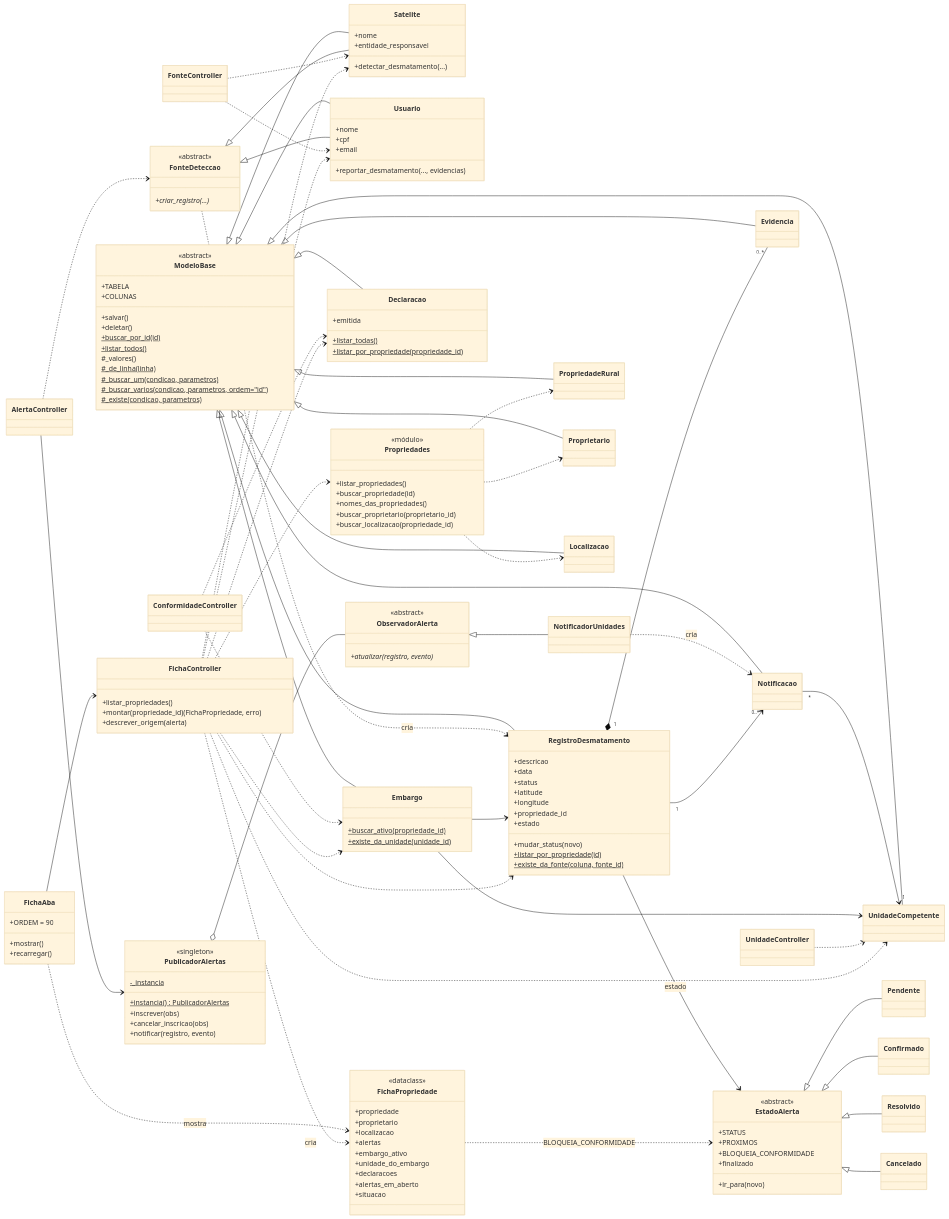
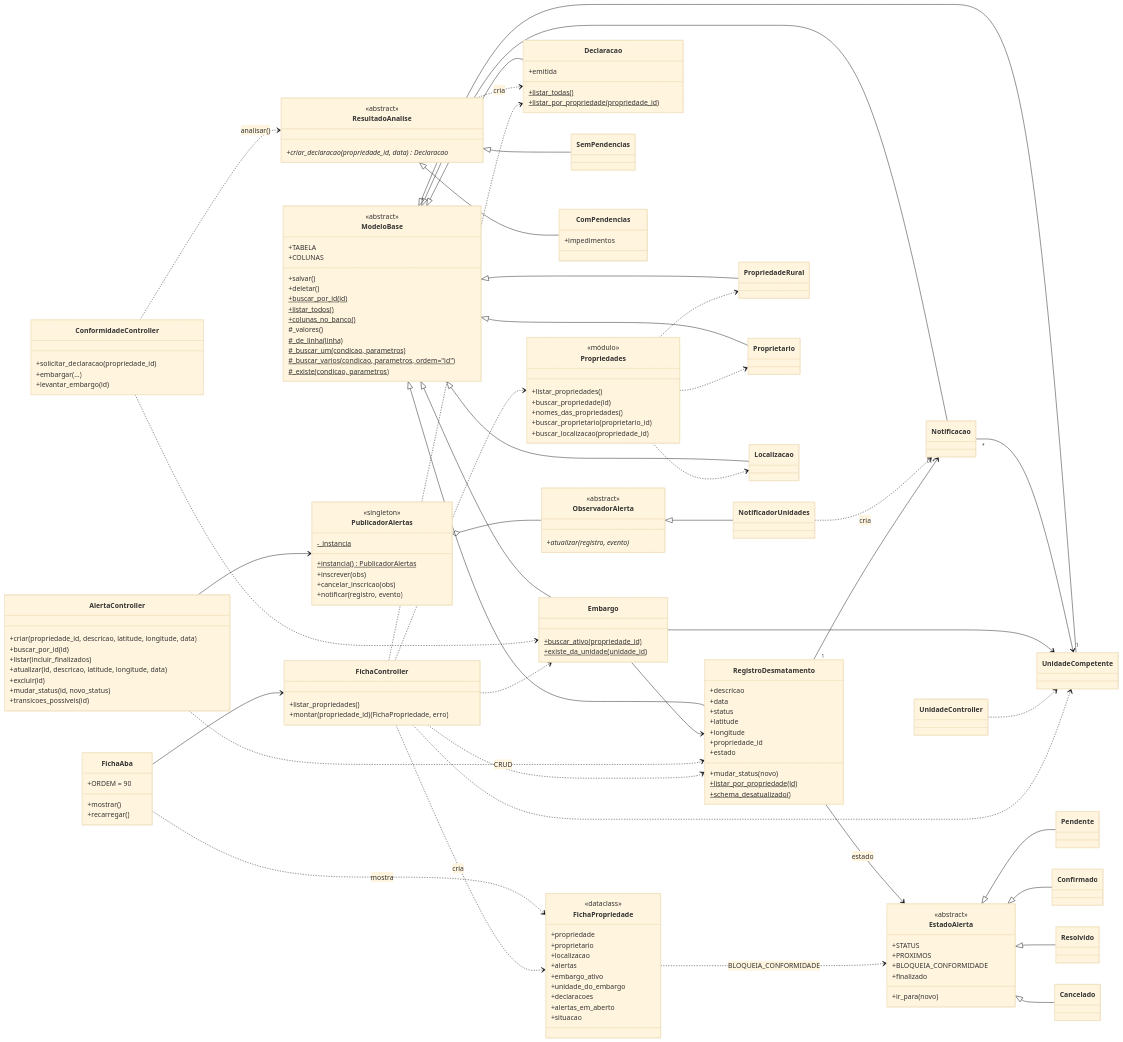
One commit to pedrohrossetto/sys-car changed the sixth of 7 diagrams in docs/fiscalizacao/diagramas.pt-br.md. Above: the diagram before and after it, drawn with Mermaid (base theme). The commit also changed other lines of this file and 8 other files, not shown here.

First line of the commit message:
docs(fiscalizacao): ADR-F11 e F12, diagramas e guia sem as fontes

```diff
--- a/docs/fiscalizacao/diagramas.pt-br.md
+++ b/docs/fiscalizacao/diagramas.pt-br.md
@@ -137,26 +156,12 @@
         +deletar()
         +buscar_por_id(id)$
         +listar_todos()$
+        +colunas_no_banco()$
         #_valores()
         #_de_linha(linha)$
         #_buscar_um(condicao, parametros)$
         #_buscar_varios(condicao, parametros, ordem="id")$
         #_existe(condicao, parametros)$
-    }
-    class FonteDeteccao {
-        <<abstract>>
-        +criar_registro(...)*
-    }
-    class Satelite {
-        +nome
-        +entidade_responsavel
-        +detectar_desmatamento(...)
-    }
-    class Usuario {
-        +nome
-        +cpf
-        +email
-        +reportar_desmatamento(..., evidencias)
     }
     class RegistroDesmatamento {
         +descricao
@@ -168,7 +173,7 @@
         +estado
         +mudar_status(novo)
         +listar_por_propriedade(id)$
-        +existe_da_fonte(coluna, fonte_id)$
+        +schema_desatualizado()$
     }
     class EstadoAlerta {
         <<abstract>>
@@ -195,7 +200,6 @@
         +notificar(registro, evento)
     }
     class NotificadorUnidades
-    class Evidencia
     class Notificacao
     class UnidadeCompetente
     class Embargo {
@@ -207,9 +211,28 @@
         +listar_todas()$
         +listar_por_propriedade(propriedade_id)$
     }
-    class AlertaController
-    class ConformidadeController
-    class FonteController
+    class ResultadoAnalise {
+        <<abstract>>
+        +criar_declaracao(propriedade_id, data)* Declaracao
+    }
+    class SemPendencias
+    class ComPendencias {
+        +impedimentos
+    }
+    class AlertaController {
+        +criar(propriedade_id, descricao, latitude, longitude, data)
+        +buscar_por_id(id)
+        +listar(incluir_finalizados)
+        +atualizar(id, descricao, latitude, longitude, data)
+        +excluir(id)
+        +mudar_status(id, novo_status)
+        +transicoes_possiveis(id)
+    }
+    class ConformidadeController {
+        +solicitar_declaracao(propriedade_id)
+        +embargar(...)
+        +levantar_embargo(id)
+    }
     class UnidadeController
     class FichaAba {
         +ORDEM = 90
@@ -219,7 +242,6 @@
     class FichaController {
         +listar_propriedades()
         +montar(propriedade_id) (FichaPropriedade, erro)
-        +descrever_origem(alerta)
     }
     class FichaPropriedade {
         <<dataclass>>
@@ -245,20 +267,17 @@
     class Proprietario
     class Localizacao
 
-    ModeloBase <|-- Satelite
-    ModeloBase <|-- Usuario
     ModeloBase <|-- UnidadeCompetente
     ModeloBase <|-- RegistroDesmatamento
-    ModeloBase <|-- Evidencia
     ModeloBase <|-- Notificacao
     ModeloBase <|-- Embargo
     ModeloBase <|-- Declaracao
     ModeloBase <|-- PropriedadeRural
     ModeloBase <|-- Proprietario
     ModeloBase <|-- Localizacao
-    FonteDeteccao <|-- Satelite
-    FonteDeteccao <|-- Usuario
-    FonteDeteccao ..> RegistroDesmatamento : cria
+    ResultadoAnalise <|-- SemPendencias
+    ResultadoAnalise <|-- ComPendencias
+    ResultadoAnalise ..> Declaracao : cria
     EstadoAlerta <|-- Pendente
     EstadoAlerta <|-- Confirmado
     EstadoAlerta <|-- Resolvido
@@ -267,17 +286,14 @@
     ObservadorAlerta <|-- NotificadorUnidades
     PublicadorAlertas o-- ObservadorAlerta
     NotificadorUnidades ..> Notificacao : cria
-    RegistroDesmatamento "1" *-- "0..*" Evidencia
     RegistroDesmatamento "1" --> "0..*" Notificacao
     Notificacao "*" --> "1" UnidadeCompetente
     Embargo --> RegistroDesmatamento
     Embargo --> UnidadeCompetente
     AlertaController --> PublicadorAlertas
-    AlertaController ..> FonteDeteccao
+    AlertaController ..> RegistroDesmatamento : CRUD
     ConformidadeController ..> Embargo
-    ConformidadeController ..> Declaracao
-    FonteController ..> Satelite
-    FonteController ..> Usuario
+    ConformidadeController ..> ResultadoAnalise : analisar()
     UnidadeController ..> UnidadeCompetente
     FichaAba --> FichaController
     FichaAba ..> FichaPropriedade : mostra
@@ -287,8 +303,6 @@
     FichaController ..> Embargo
     FichaController ..> Declaracao
     FichaController ..> UnidadeCompetente
-    FichaController ..> Satelite
-    FichaController ..> Usuario
     FichaPropriedade ..> EstadoAlerta : BLOQUEIA_CONFORMIDADE
     Propriedades ..> PropriedadeRural
     Propriedades ..> Proprietario
```
